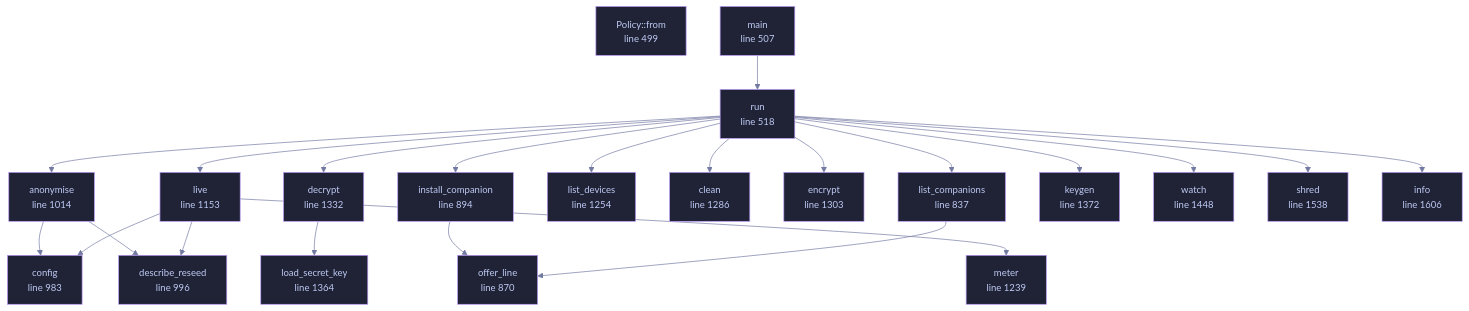
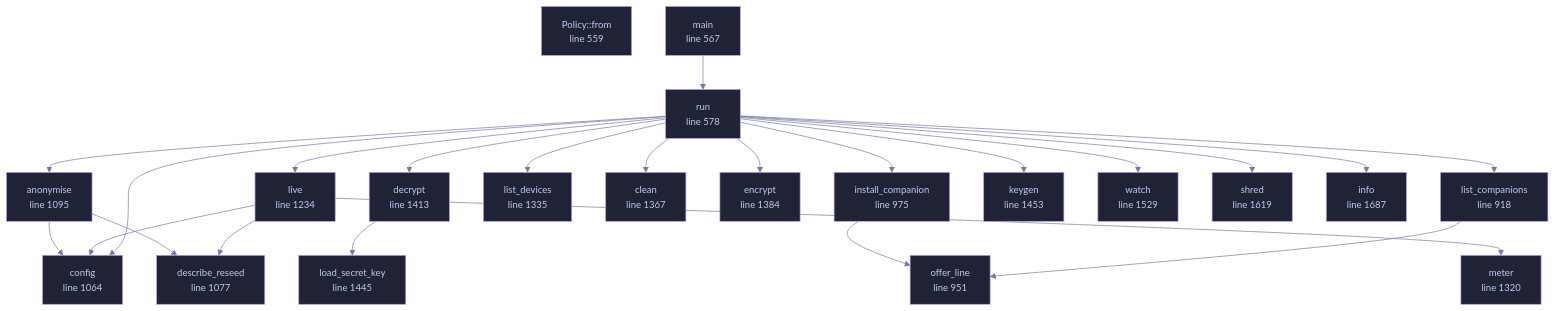
Before and after one commit to tilas01/veilvoice: the diagram in docs/files/veilvoice-cli/main.md, drawn with Mermaid. The commit also changed other lines of this file and 43 other files, not shown here.

````diff
--- a/docs/files/veilvoice-cli/main.md
+++ b/docs/files/veilvoice-cli/main.md
@@ -107,67 +108,68 @@
 ```mermaid
 %%{init: {"theme":"base","themeVariables":{"background":"#1a1b26","primaryColor":"#1f2335","primaryTextColor":"#c0caf5","primaryBorderColor":"#7aa2f7","secondaryColor":"#16161e","tertiaryColor":"#16161e","lineColor":"#737aa2","textColor":"#c0caf5","mainBkg":"#1f2335","nodeBorder":"#7aa2f7","clusterBkg":"#16161e","clusterBorder":"#2f3549","fontFamily":"ui-monospace, SFMono-Regular, Consolas, monospace","fontSize":"14px"}}}%%
 flowchart TD
-    n_from["Policy::from<br/>line 499"]
-    n_main["main<br/>line 507"]
-    n_run["run<br/>line 518"]
-    n_list_companions["list_companions<br/>line 837"]
-    n_offer_line["offer_line<br/>line 870"]
-    n_install_companion["install_companion<br/>line 894"]
-    n_config["config<br/>line 983"]
-    n_describe_reseed["describe_reseed<br/>line 996"]
-    n_anonymise["anonymise<br/>line 1014"]
-    n_live["live<br/>line 1153"]
-    n_meter["meter<br/>line 1239"]
-    n_list_devices["list_devices<br/>line 1254"]
-    n_clean["clean<br/>line 1286"]
-    n_encrypt["encrypt<br/>line 1303"]
-    n_decrypt["decrypt<br/>line 1332"]
-    n_load_secret_key["load_secret_key<br/>line 1364"]
-    n_keygen["keygen<br/>line 1372"]
-    n_watch["watch<br/>line 1448"]
-    n_shred["shred<br/>line 1538"]
-    n_info["info<br/>line 1606"]
+    n_from["Policy::from<br/>line 559"]
+    n_main["main<br/>line 567"]
+    n_run["run<br/>line 578"]
+    n_list_companions["list_companions<br/>line 918"]
+    n_offer_line["offer_line<br/>line 951"]
+    n_install_companion["install_companion<br/>line 975"]
+    n_config["config<br/>line 1064"]
+    n_describe_reseed["describe_reseed<br/>line 1077"]
+    n_anonymise["anonymise<br/>line 1095"]
+    n_live["live<br/>line 1234"]
+    n_meter["meter<br/>line 1320"]
+    n_list_devices["list_devices<br/>line 1335"]
+    n_clean["clean<br/>line 1367"]
+    n_encrypt["encrypt<br/>line 1384"]
+    n_decrypt["decrypt<br/>line 1413"]
+    n_load_secret_key["load_secret_key<br/>line 1445"]
+    n_keygen["keygen<br/>line 1453"]
+    n_watch["watch<br/>line 1529"]
+    n_shred["shred<br/>line 1619"]
+    n_info["info<br/>line 1687"]
     n_anonymise --> n_config
     n_anonymise --> n_describe_reseed
     n_decrypt --> n_load_secret_key
     n_install_companion --> n_offer_line
     n_list_companions --> n_offer_line
     n_live --> n_config
     n_live --> n_describe_reseed
     n_live --> n_meter
     n_main --> n_run
     n_run --> n_anonymise
     n_run --> n_clean
+    n_run --> n_config
     n_run --> n_decrypt
     n_run --> n_encrypt
     n_run --> n_info
     n_run --> n_install_companion
     n_run --> n_keygen
     n_run --> n_list_companions
     n_run --> n_list_devices
     n_run --> n_live
     n_run --> n_shred
     n_run --> n_watch
-    click n_from href "https://github.com/tilas01/veilvoice/blob/main/crates/veilvoice-cli/src/main.rs#L499" "open the source"
-    click n_main href "https://github.com/tilas01/veilvoice/blob/main/crates/veilvoice-cli/src/main.rs#L507" "open the source"
-    click n_run href "https://github.com/tilas01/veilvoice/blob/main/crates/veilvoice-cli/src/main.rs#L518" "open the source"
-    click n_list_companions href "https://github.com/tilas01/veilvoice/blob/main/crates/veilvoice-cli/src/main.rs#L837" "open the source"
-    click n_offer_line href "https://github.com/tilas01/veilvoice/blob/main/crates/veilvoice-cli/src/main.rs#L870" "open the source"
-    click n_install_companion href "https://github.com/tilas01/veilvoice/blob/main/crates/veilvoice-cli/src/main.rs#L894" "open the source"
-    click n_config href "https://github.com/tilas01/veilvoice/blob/main/crates/veilvoice-cli/src/main.rs#L983" "open the source"
-    click n_describe_reseed href "https://github.com/tilas01/veilvoice/blob/main/crates/veilvoice-cli/src/main.rs#L996" "open the source"
-    click n_anonymise href "https://github.com/tilas01/veilvoice/blob/main/crates/veilvoice-cli/src/main.rs#L1014" "open the source"
-    click n_live href "https://github.com/tilas01/veilvoice/blob/main/crates/veilvoice-cli/src/main.rs#L1153" "open the source"
-    click n_meter href "https://github.com/tilas01/veilvoice/blob/main/crates/veilvoice-cli/src/main.rs#L1239" "open the source"
-    click n_list_devices href "https://github.com/tilas01/veilvoice/blob/main/crates/veilvoice-cli/src/main.rs#L1254" "open the source"
-    click n_clean href "https://github.com/tilas01/veilvoice/blob/main/crates/veilvoice-cli/src/main.rs#L1286" "open the source"
-    click n_encrypt href "https://github.com/tilas01/veilvoice/blob/main/crates/veilvoice-cli/src/main.rs#L1303" "open the source"
-    click n_decrypt href "https://github.com/tilas01/veilvoice/blob/main/crates/veilvoice-cli/src/main.rs#L1332" "open the source"
-    click n_load_secret_key href "https://github.com/tilas01/veilvoice/blob/main/crates/veilvoice-cli/src/main.rs#L1364" "open the source"
-    click n_keygen href "https://github.com/tilas01/veilvoice/blob/main/crates/veilvoice-cli/src/main.rs#L1372" "open the source"
-    click n_watch href "https://github.com/tilas01/veilvoice/blob/main/crates/veilvoice-cli/src/main.rs#L1448" "open the source"
-    click n_shred href "https://github.com/tilas01/veilvoice/blob/main/crates/veilvoice-cli/src/main.rs#L1538" "open the source"
-    click n_info href "https://github.com/tilas01/veilvoice/blob/main/crates/veilvoice-cli/src/main.rs#L1606" "open the source"
+    click n_from href "https://github.com/tilas01/veilvoice/blob/main/crates/veilvoice-cli/src/main.rs#L559" "open the source"
+    click n_main href "https://github.com/tilas01/veilvoice/blob/main/crates/veilvoice-cli/src/main.rs#L567" "open the source"
+    click n_run href "https://github.com/tilas01/veilvoice/blob/main/crates/veilvoice-cli/src/main.rs#L578" "open the source"
+    click n_list_companions href "https://github.com/tilas01/veilvoice/blob/main/crates/veilvoice-cli/src/main.rs#L918" "open the source"
+    click n_offer_line href "https://github.com/tilas01/veilvoice/blob/main/crates/veilvoice-cli/src/main.rs#L951" "open the source"
+    click n_install_companion href "https://github.com/tilas01/veilvoice/blob/main/crates/veilvoice-cli/src/main.rs#L975" "open the source"
+    click n_config href "https://github.com/tilas01/veilvoice/blob/main/crates/veilvoice-cli/src/main.rs#L1064" "open the source"
+    click n_describe_reseed href "https://github.com/tilas01/veilvoice/blob/main/crates/veilvoice-cli/src/main.rs#L1077" "open the source"
+    click n_anonymise href "https://github.com/tilas01/veilvoice/blob/main/crates/veilvoice-cli/src/main.rs#L1095" "open the source"
+    click n_live href "https://github.com/tilas01/veilvoice/blob/main/crates/veilvoice-cli/src/main.rs#L1234" "open the source"
+    click n_meter href "https://github.com/tilas01/veilvoice/blob/main/crates/veilvoice-cli/src/main.rs#L1320" "open the source"
+    click n_list_devices href "https://github.com/tilas01/veilvoice/blob/main/crates/veilvoice-cli/src/main.rs#L1335" "open the source"
+    click n_clean href "https://github.com/tilas01/veilvoice/blob/main/crates/veilvoice-cli/src/main.rs#L1367" "open the source"
+    click n_encrypt href "https://github.com/tilas01/veilvoice/blob/main/crates/veilvoice-cli/src/main.rs#L1384" "open the source"
+    click n_decrypt href "https://github.com/tilas01/veilvoice/blob/main/crates/veilvoice-cli/src/main.rs#L1413" "open the source"
+    click n_load_secret_key href "https://github.com/tilas01/veilvoice/blob/main/crates/veilvoice-cli/src/main.rs#L1445" "open the source"
+    click n_keygen href "https://github.com/tilas01/veilvoice/blob/main/crates/veilvoice-cli/src/main.rs#L1453" "open the source"
+    click n_watch href "https://github.com/tilas01/veilvoice/blob/main/crates/veilvoice-cli/src/main.rs#L1529" "open the source"
+    click n_shred href "https://github.com/tilas01/veilvoice/blob/main/crates/veilvoice-cli/src/main.rs#L1619" "open the source"
+    click n_info href "https://github.com/tilas01/veilvoice/blob/main/crates/veilvoice-cli/src/main.rs#L1687" "open the source"
     classDef helper fill:#1f2335,stroke:#bb9af7,color:#c0caf5
     class n_from,n_main,n_run,n_list_companions,n_offer_line,n_install_companion,n_config,n_describe_reseed,n_anonymise,n_live,n_meter,n_list_devices,n_clean,n_encrypt,n_decrypt,n_load_secret_key,n_keygen,n_watch,n_shred,n_info helper
 ```
````
